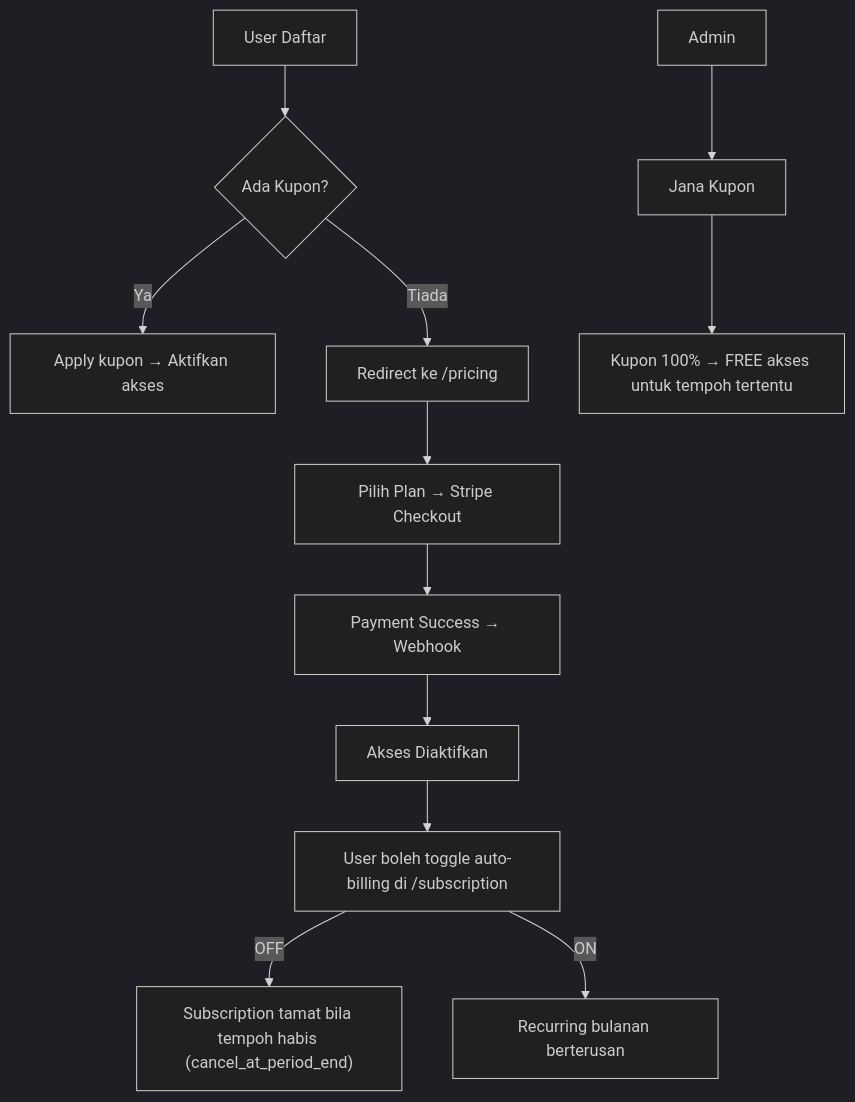
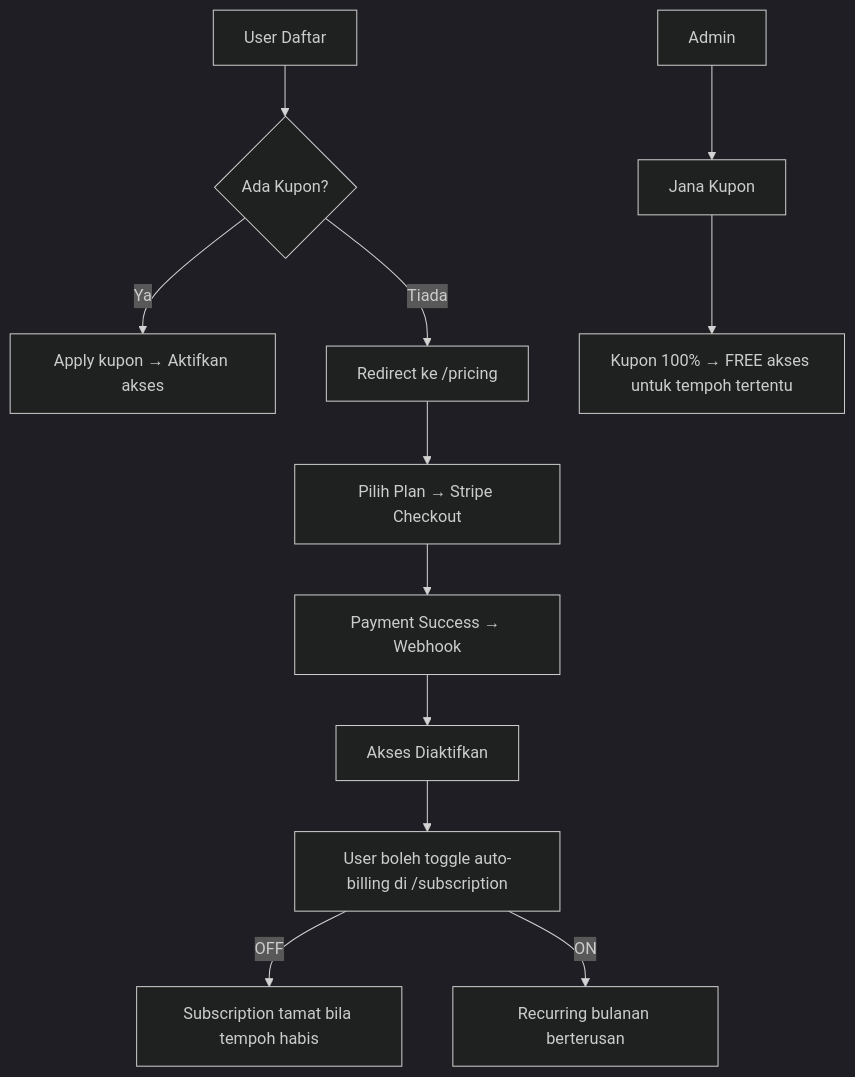
Before and after one commit to muhammadkmal27/vocabulary: the second of 2 diagrams in prompt_planning.md, drawn with Mermaid (dark theme). The commit also changed other lines of this file and 1 other file, not shown here.

````diff
--- a/prompt_planning.md
+++ b/prompt_planning.md
@@ -233,15 +117,15 @@
 ```mermaid
 flowchart TD
     A[User Daftar] --> B{Ada Kupon?}
     B -->|Ya| C[Apply kupon → Aktifkan akses]
     B -->|Tiada| D[Redirect ke /pricing]
     D --> E[Pilih Plan → Stripe Checkout]
     E --> F[Payment Success → Webhook]
     F --> G[Akses Diaktifkan]
     G --> H[User boleh toggle auto-billing di /subscription]
-    H -->|OFF| I["Subscription tamat bila tempoh habis (cancel_at_period_end)"]
+    H -->|OFF| I["Subscription tamat bila tempoh habis"]
     H -->|ON| J["Recurring bulanan berterusan"]
 
     K[Admin] --> L[Jana Kupon]
     L --> M[Kupon 100% → FREE akses untuk tempoh tertentu]
 ```
````
